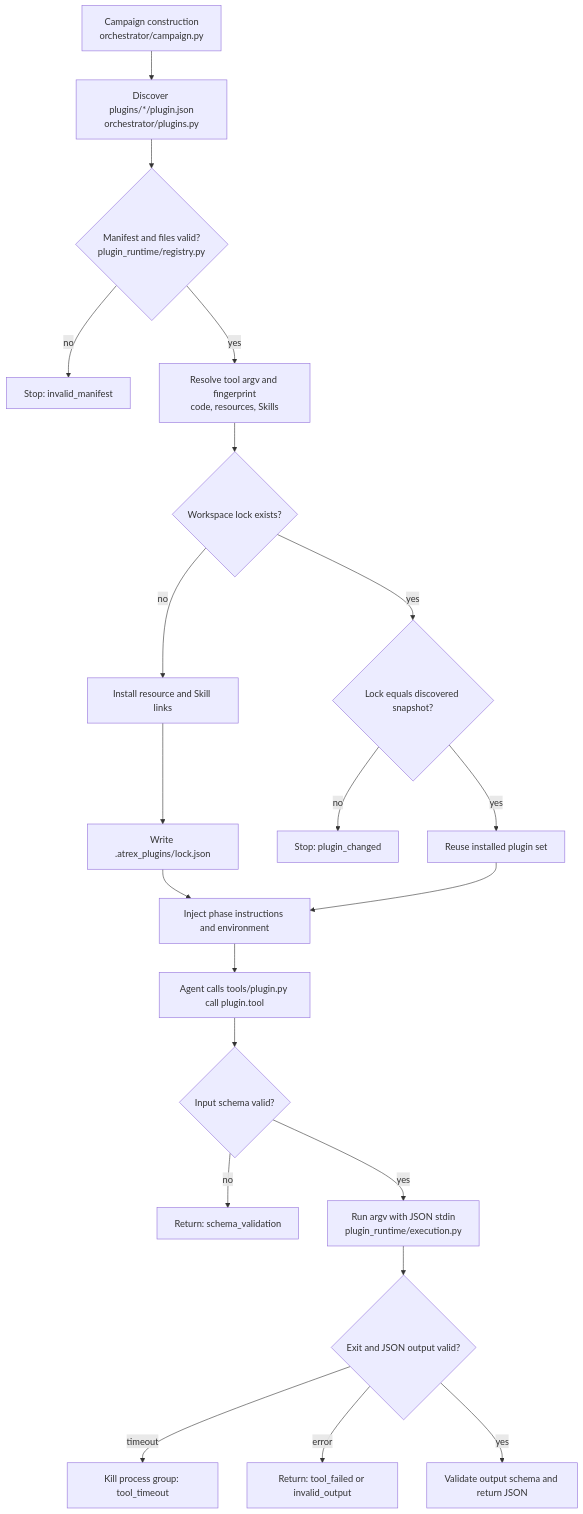
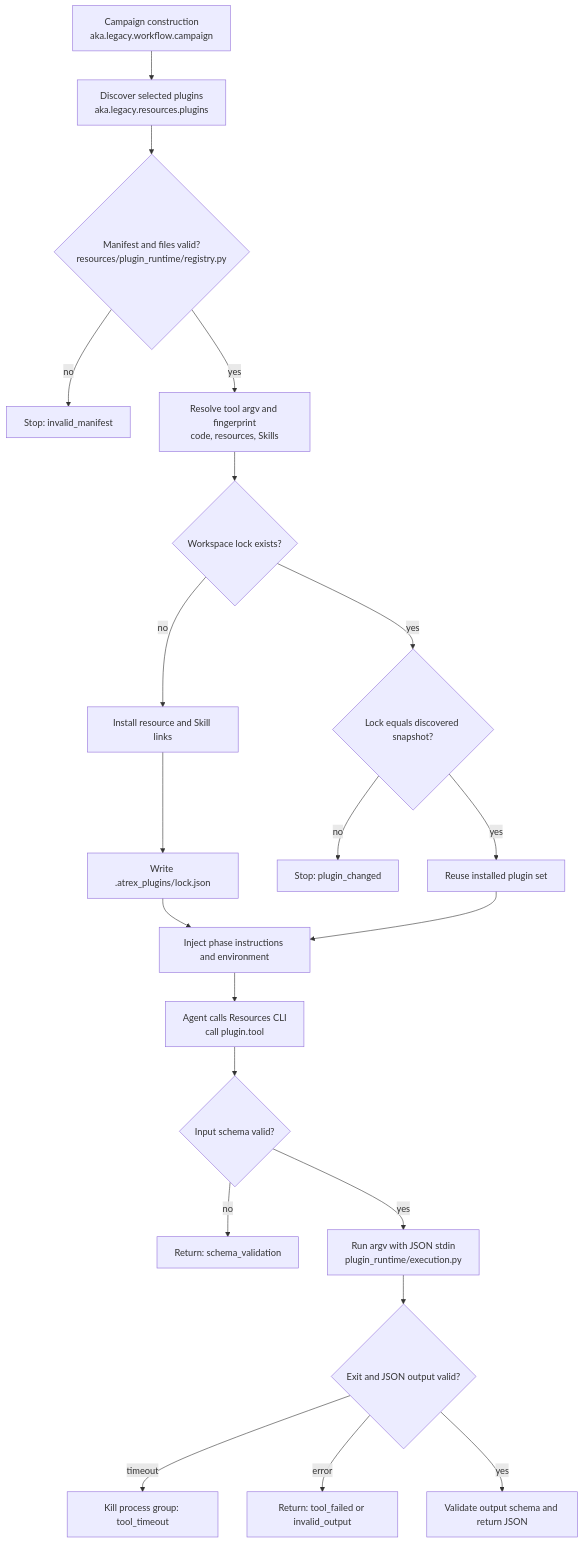
The diagram in docs/plugins.md (alibaba/atrex-kernel-agent), drawn with Mermaid before and after one commit. The commit also changed other lines of this file and 392 other files, not shown here.

First line of the commit message:
refactor(runtime): consolidate modular workflow and remove obsolete assembly (#113)

````diff
--- a/docs/plugins.md
+++ b/docs/plugins.md
@@ -10,23 +10,23 @@
 ```mermaid
 flowchart TD
-    A[Campaign construction<br/>orchestrator/campaign.py] --> B[Discover plugins/*/plugin.json<br/>orchestrator/plugins.py]
-    B --> C{Manifest and files valid?<br/>plugin_runtime/registry.py}
+    A[Campaign construction<br/>aka.legacy.workflow.campaign] --> B[Discover selected plugins<br/>aka.legacy.resources.plugins]
+    B --> C{Manifest and files valid?<br/>resources/plugin_runtime/registry.py}
     C -- no --> C1[Stop: invalid_manifest]
     C -- yes --> D[Resolve tool argv and fingerprint<br/>code, resources, Skills]
     D --> E{Workspace lock exists?}
     E -- no --> F[Install resource and Skill links]
     F --> G[Write .atrex_plugins/lock.json]
     E -- yes --> H{Lock equals discovered snapshot?}
     H -- no --> H1[Stop: plugin_changed]
     H -- yes --> I[Reuse installed plugin set]
     G --> J[Inject phase instructions and environment]
     I --> J
-    J --> K[Agent calls tools/plugin.py call plugin.tool]
+    J --> K[Agent calls Resources CLI<br/>call plugin.tool]
     K --> L{Input schema valid?}
     L -- no --> L1[Return: schema_validation]
     L -- yes --> M[Run argv with JSON stdin<br/>plugin_runtime/execution.py]
     M --> N{Exit and JSON output valid?}
     N -- timeout --> N1[Kill process group: tool_timeout]
     N -- error --> N2[Return: tool_failed or invalid_output]
     N -- yes --> O[Validate output schema and return JSON]
 ```
````
